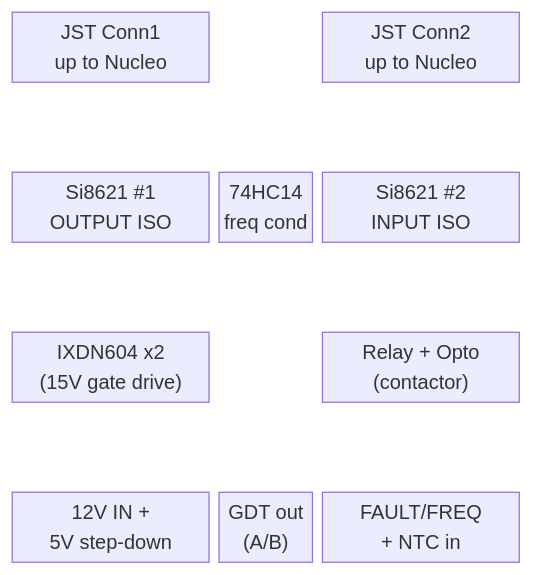
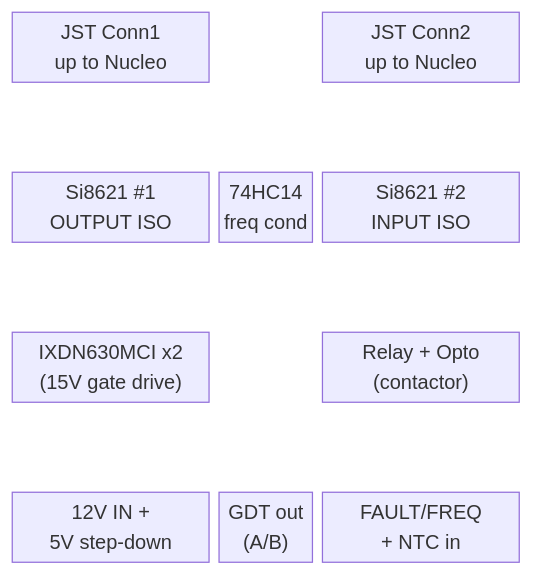
The seventh of 7 diagrams in docs/SHIELD_LAYOUT.md (metanurb21/Nucleo-induction-heater), drawn with Mermaid before and after one commit. The commit also changed other lines of this file and 5 other files, not shown here.

First line of the commit message:
Fix gate driver part number: IXDN604 -> IXDN630MCI (actual part in use)

````diff
--- a/docs/SHIELD_LAYOUT.md
+++ b/docs/SHIELD_LAYOUT.md
@@ -142,11 +142,11 @@
 ```mermaid
 block-beta
     columns 5
     J1b["JST Conn1<br/>up to Nucleo"]:2 space J2b["JST Conn2<br/>up to Nucleo"]:2
     space:5
     ISO1["Si8621 #1<br/>OUTPUT ISO"]:2 HC14["74HC14<br/>freq cond"] ISO2["Si8621 #2<br/>INPUT ISO"]:2
     space:5
-    IXDN["IXDN604 x2<br/>(15V gate drive)"]:2 space RLY["Relay + Opto<br/>(contactor)"]:2
+    IXDN["IXDN630MCI x2<br/>(15V gate drive)"]:2 space RLY["Relay + Opto<br/>(contactor)"]:2
     space:5
     PWRIN["12V IN +<br/>5V step-down"]:2 GDT_T["GDT out<br/>(A/B)"] FB["FAULT/FREQ<br/>+ NTC in"]:2
 ```
````
